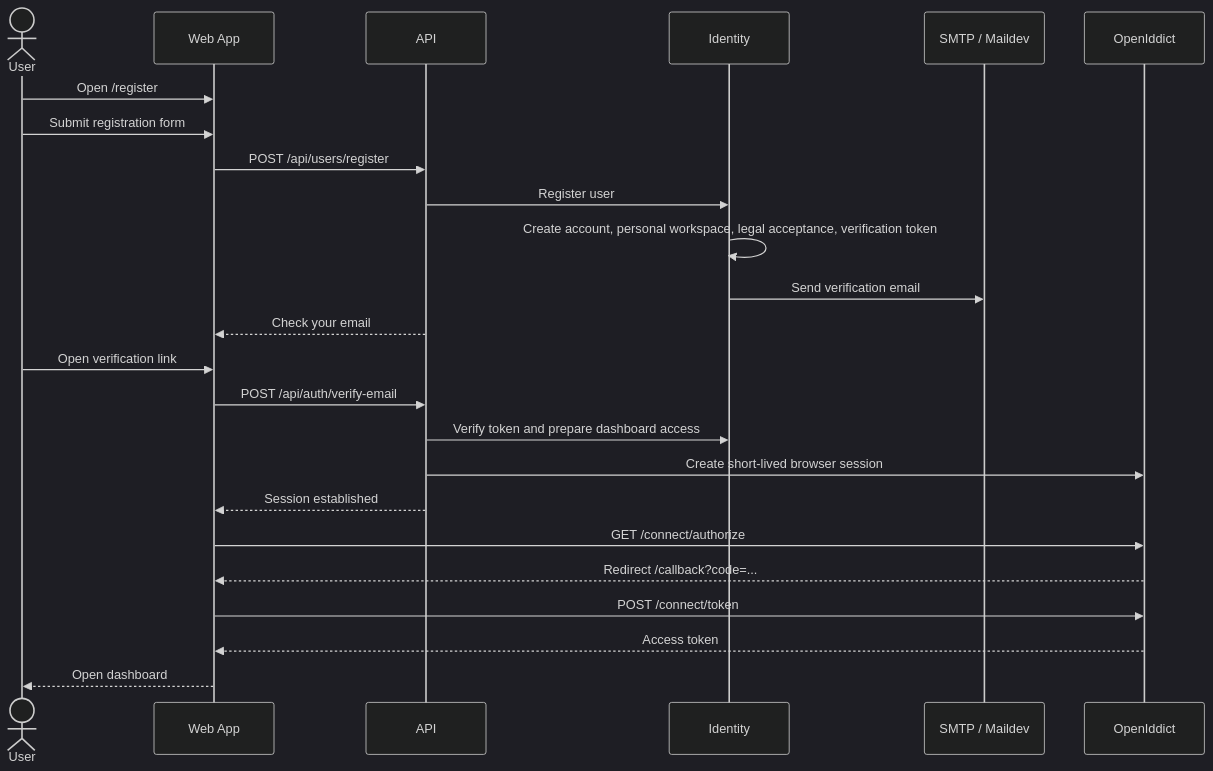
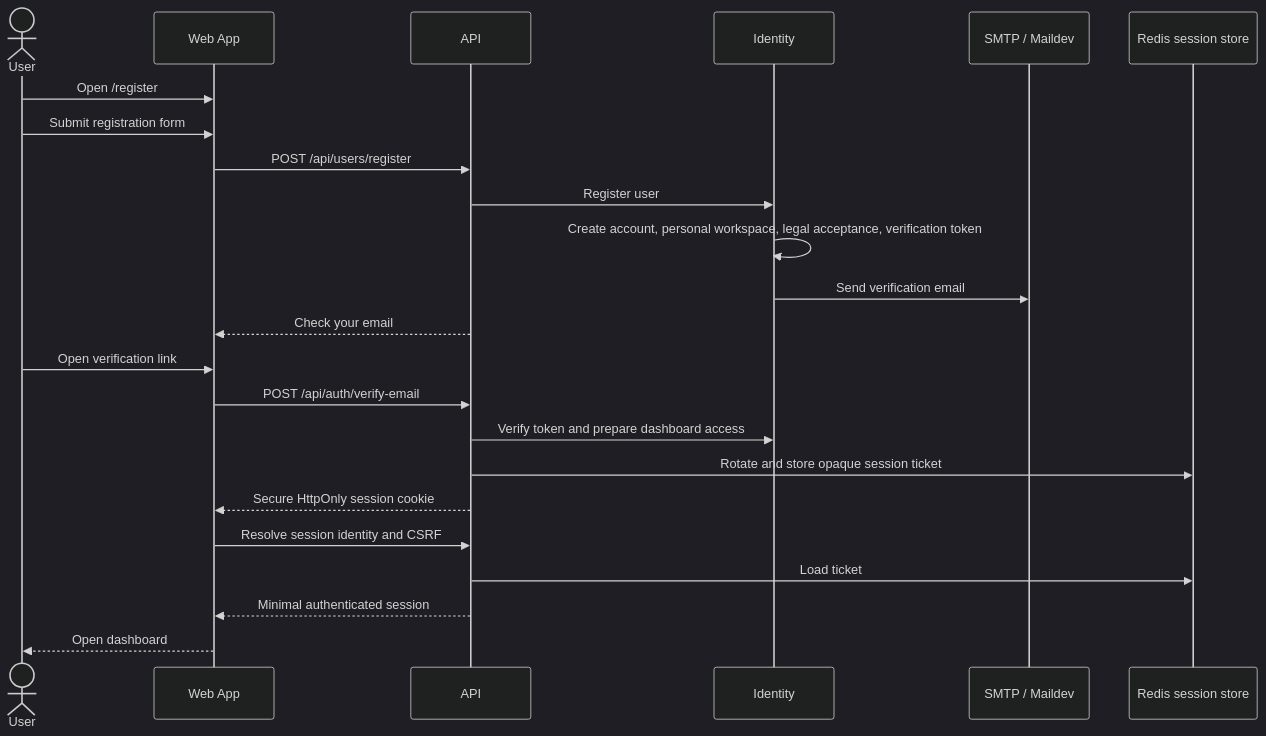
One commit to phuongnse/axis changed the diagram in docs/use-cases/identity-access/register-user.md. Above: the diagram before and after it, drawn with Mermaid (dark theme). The commit also changed other lines of this file and 165 other files, not shown here.

````diff
--- a/docs/use-cases/identity-access/register-user.md
+++ b/docs/use-cases/identity-access/register-user.md
@@ -94,27 +95,26 @@
 ```mermaid
 sequenceDiagram
   actor User
   participant Web as Web App
   participant API as API
   participant Identity as Identity
   participant Mail as SMTP / Maildev
-  participant OIDC as OpenIddict
+  participant Session as Redis session store
 
   User->>Web: Open /register
   User->>Web: Submit registration form
   Web->>API: POST /api/users/register
   API->>Identity: Register user
   Identity->>Identity: Create account, personal workspace, legal acceptance, verification token
   Identity->>Mail: Send verification email
   API-->>Web: Check your email
   User->>Web: Open verification link
   Web->>API: POST /api/auth/verify-email
   API->>Identity: Verify token and prepare dashboard access
-  API->>OIDC: Create short-lived browser session
-  API-->>Web: Session established
-  Web->>OIDC: GET /connect/authorize
-  OIDC-->>Web: Redirect /callback?code=...
-  Web->>OIDC: POST /connect/token
-  OIDC-->>Web: Access token
+  API->>Session: Rotate and store opaque session ticket
+  API-->>Web: Secure HttpOnly session cookie
+  Web->>API: Resolve session identity and CSRF
+  API->>Session: Load ticket
+  API-->>Web: Minimal authenticated session
   Web-->>User: Open dashboard
 ```
````
